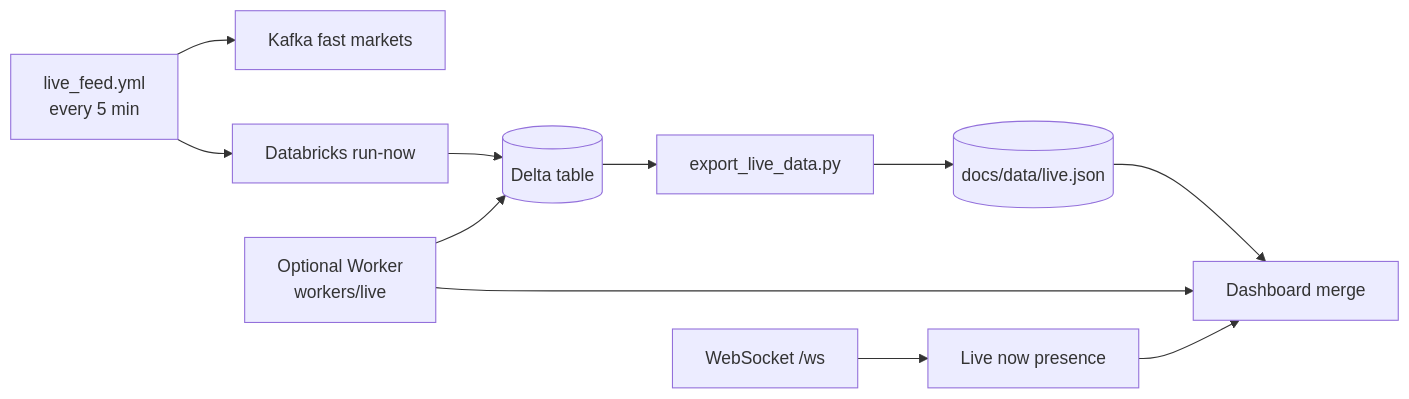
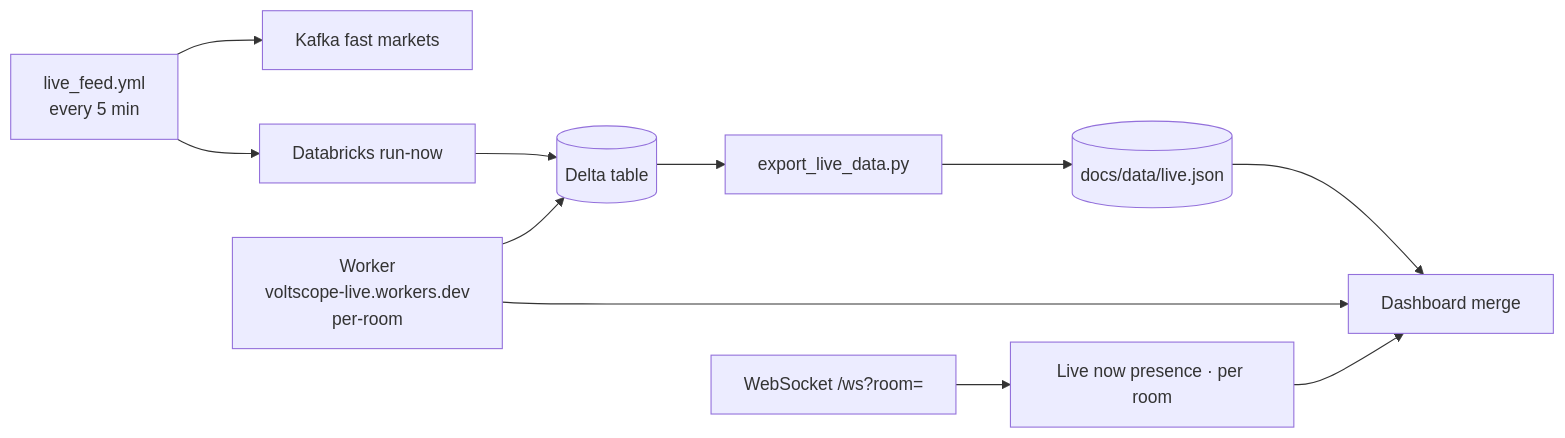
One commit to mdsarfarazalam840/Energy-realtime changed the fourth of 4 diagrams in README.md. Above: the diagram before and after it, drawn with Mermaid. The commit also changed other lines of this file, not shown here.

First line of the commit message:
docs: update README with deployed relay, per-room diagrams, and diagrams section

````diff
--- a/README.md
+++ b/README.md
@@ -315,13 +336,13 @@
 ```mermaid
 flowchart LR
   L["live_feed.yml<br/>every 5 min"] --> K["Kafka fast markets"]
   L --> J["Databricks run-now"]
   J --> T[("Delta table")]
   T --> E["export_live_data.py"]
   E --> F[("docs/data/live.json")]
-  R["Optional Worker<br/>workers/live"] --> T
+  R["Worker<br/>voltscope-live.workers.dev<br/>per-room"] --> T
   F --> U["Dashboard merge"]
   R --> U
-  W["WebSocket /ws"] --> P["Live now presence"]
+  W["WebSocket /ws?room=<page>"] --> P["Live now presence · per room"]
   P --> U
 ```
````
